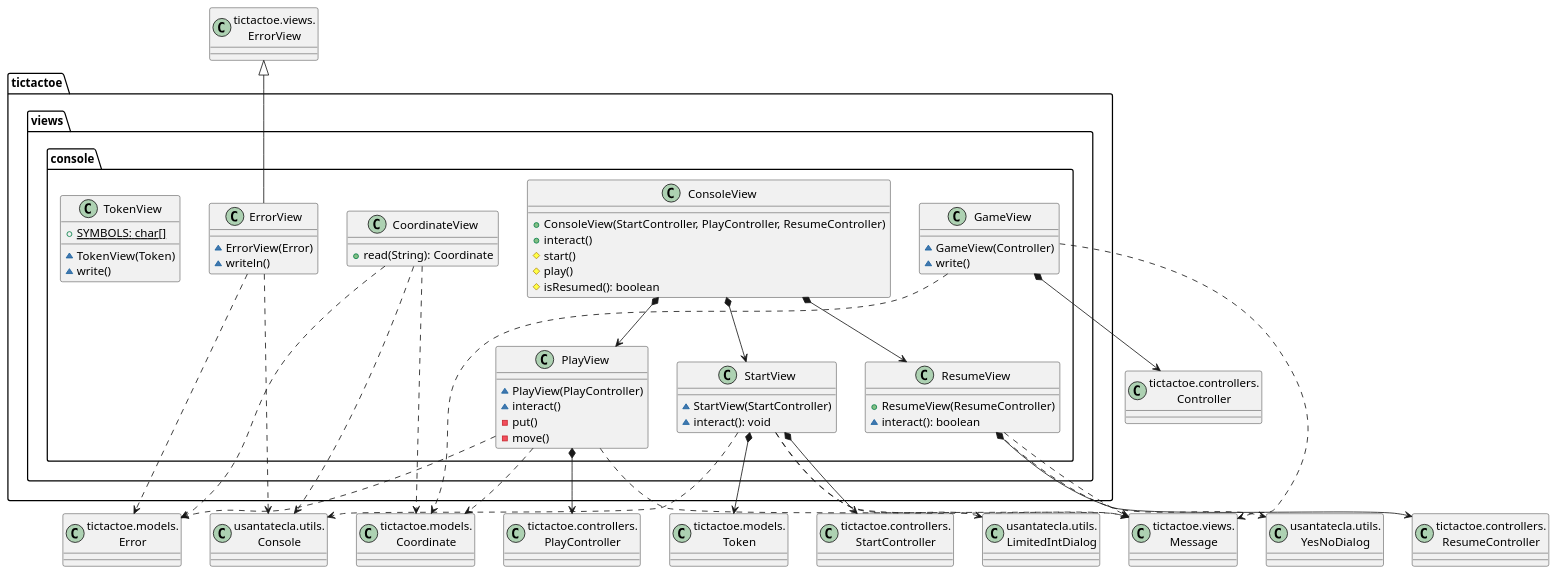
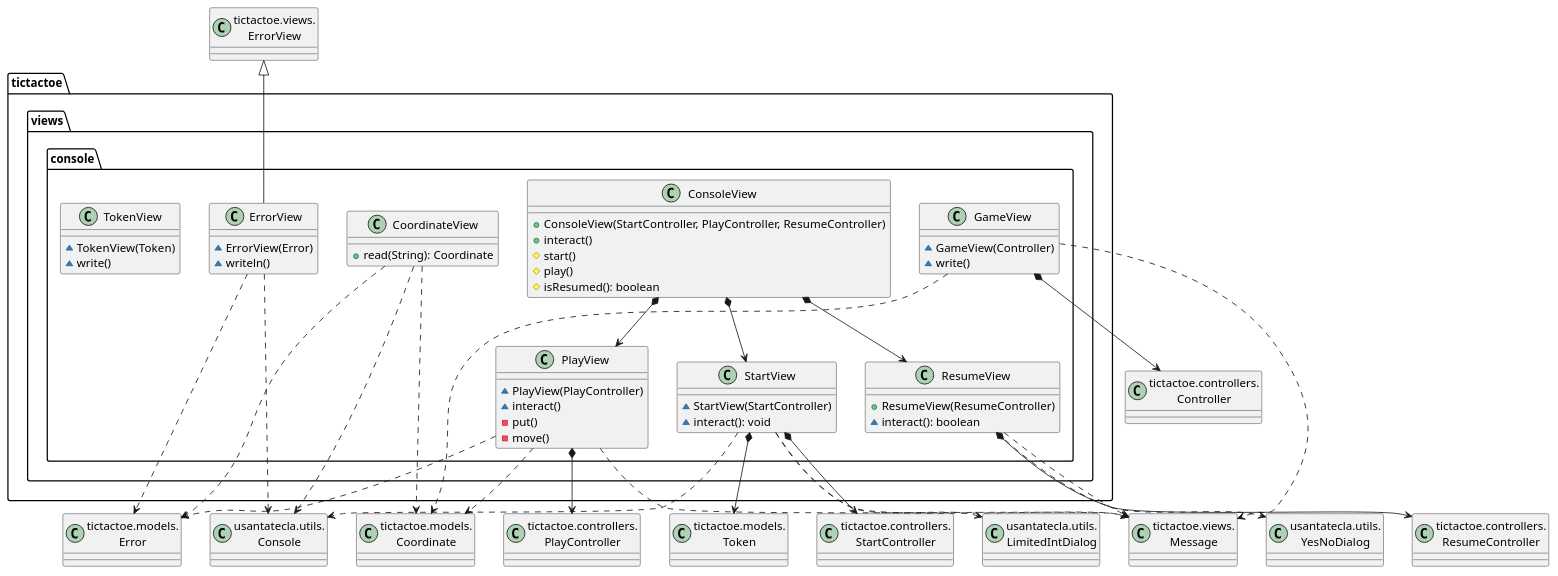
Before and after one commit to Jolucaa/USantaTecla-project-ticTacToe: the third of 8 diagrams in modelViewPresenter/presentationModel/basic/docs/diagrams/src/paquetes.plantuml, drawn with PlantUML. The commit also changed 3 other files, not shown here.

Commit message:
Diagramas

```diff
--- a/modelViewPresenter/presentationModel/basic/docs/diagrams/src/paquetes.plantuml
+++ b/modelViewPresenter/presentationModel/basic/docs/diagrams/src/paquetes.plantuml
@@ -69,87 +69,87 @@
 @startuml paqueteTicTactoeViewsConsole
 class Error as "tictactoe.models.\nError" {}
 class Coordinate as "tictactoe.models.\nCoordinate" {}
 class Console as "usantatecla.utils.\nConsole" {}
 class Controller as "tictactoe.controllers.\nController" {}
 class PlayController as "tictactoe.controllers.\nPlayController" {}
 class ResumeController as "tictactoe.controllers.\nResumeController" {}
 class YesNoDialog as "usantatecla.utils.\nYesNoDialog" {}
 class StartController as "tictactoe.controllers.\nStartController" {}
 class LimitedIntDialog as "usantatecla.utils.\nLimitedIntDialog" {}
 class Token as "tictactoe.models.\nToken" {}
 class Message as "tictactoe.views.\nMessage" {}
 class ErrorView as "tictactoe.views.\nErrorView" {}
 
 class tictactoe.views.console.ConsoleView{
 + ConsoleView(StartController, PlayController, ResumeController)
 + interact()
 # start()
 # play()
 # isResumed(): boolean
 }
 tictactoe.views.console.ConsoleView *-down-> tictactoe.views.console.StartView
 tictactoe.views.console.ConsoleView *-down-> tictactoe.views.console.PlayView
 tictactoe.views.console.ConsoleView *-down-> tictactoe.views.console.ResumeView
 
 class tictactoe.views.console.CoordinateView {
 + read(String): Coordinate
 }
 
 tictactoe.views.console.CoordinateView .down.> Console
 tictactoe.views.console.CoordinateView .down.> Error
 tictactoe.views.console.CoordinateView .down.> Coordinate
 
 class  tictactoe.views.console.ErrorView{
 ~ ErrorView(Error)
 ~ writeln()
 }
 tictactoe.views.console.ErrorView .down.> Error
 tictactoe.views.console.ErrorView .down.> Console
 ErrorView <|-down- tictactoe.views.console.ErrorView
 
 class  tictactoe.views.console.GameView{
 ~ GameView(Controller)
 ~ write()
 }
 
 tictactoe.views.console.GameView *-down-> Controller
 tictactoe.views.console.GameView .down.> Coordinate
 tictactoe.views.console.GameView .down.> Message
 
 class  tictactoe.views.console.PlayView{
 ~ PlayView(PlayController)
 ~ interact()
 - put()
 - move()
 }
 
 tictactoe.views.console.PlayView *-down-> PlayController
 tictactoe.views.console.PlayView .down.> Coordinate
 tictactoe.views.console.PlayView .down.> Message
 tictactoe.views.console.PlayView .down.> Error
 
 class  tictactoe.views.console.ResumeView{
 + ResumeView(ResumeController)
 ~ interact(): boolean
 }
 tictactoe.views.console.ResumeView *-down-> ResumeController
 tictactoe.views.console.ResumeView .down.> Message
 tictactoe.views.console.ResumeView .down.> YesNoDialog
 
 class tictactoe.views.console.StartView{
 ~ StartView(StartController)
 ~ interact(): void
 }
 tictactoe.views.console.StartView *-down-> StartController
 tictactoe.views.console.StartView .down.> Message
 tictactoe.views.console.StartView .down.> LimitedIntDialog
 
 class tictactoe.views.console.TokenView{
-+ {static} SYMBOLS: char[]
 ~ TokenView(Token)
 ~ write()
 }
 tictactoe.views.console.StartView *-down-> Token
 tictactoe.views.console.StartView .down.> Console
 
+
 @enduml
```
